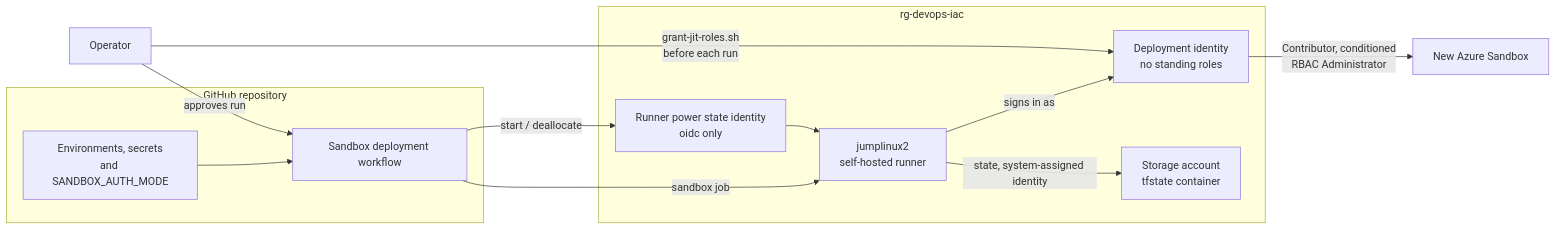
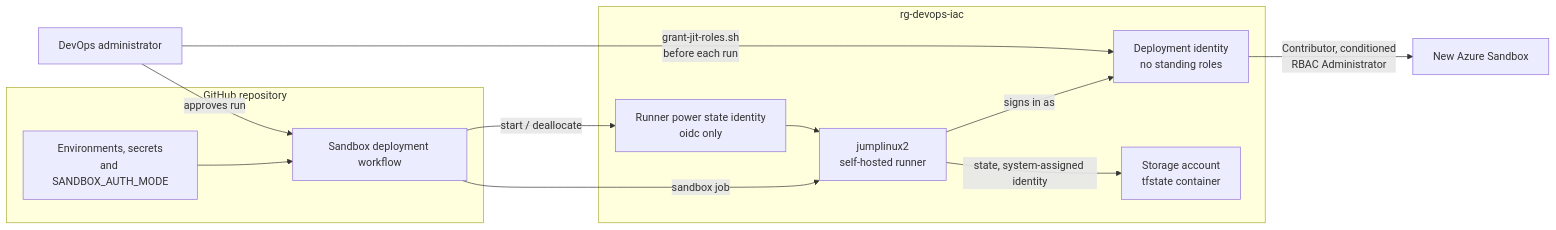
Before and after one commit to Azure-Samples/azuresandbox: the first of 3 diagrams in extras/configurations/rg-devops-iac/modules/github-runner/README.md, drawn with Mermaid. The commit also changed other lines of this file and 6 other files, not shown here.

````diff
--- a/extras/configurations/rg-devops-iac/modules/github-runner/README.md
+++ b/extras/configurations/rg-devops-iac/modules/github-runner/README.md
@@ -205,22 +206,22 @@
 ```mermaid
 flowchart LR
     subgraph rgdevops["rg-devops-iac"]
         vm["jumplinux2<br/>self-hosted runner"]
         did["Deployment identity<br/>no standing roles"]
         pid["Runner power state identity<br/>oidc only"]
         st["Storage account<br/>tfstate container"]
     end
     subgraph gh["GitHub repository"]
         wf["Sandbox deployment workflow"]
         env["Environments, secrets<br/>and SANDBOX_AUTH_MODE"]
     end
-    op["Operator"] -- "grant-jit-roles.sh<br/>before each run" --> did
+    op["DevOps administrator"] -- "grant-jit-roles.sh<br/>before each run" --> did
     op -- "approves run" --> wf
     env --> wf
     wf -- "start / deallocate" --> pid
     pid --> vm
     wf -- "sandbox job" --> vm
     vm -- "signs in as" --> did
     vm -- "state, system-assigned identity" --> st
     did -- "Contributor, conditioned<br/>RBAC Administrator" --> sb["New Azure Sandbox"]
 ```
````
